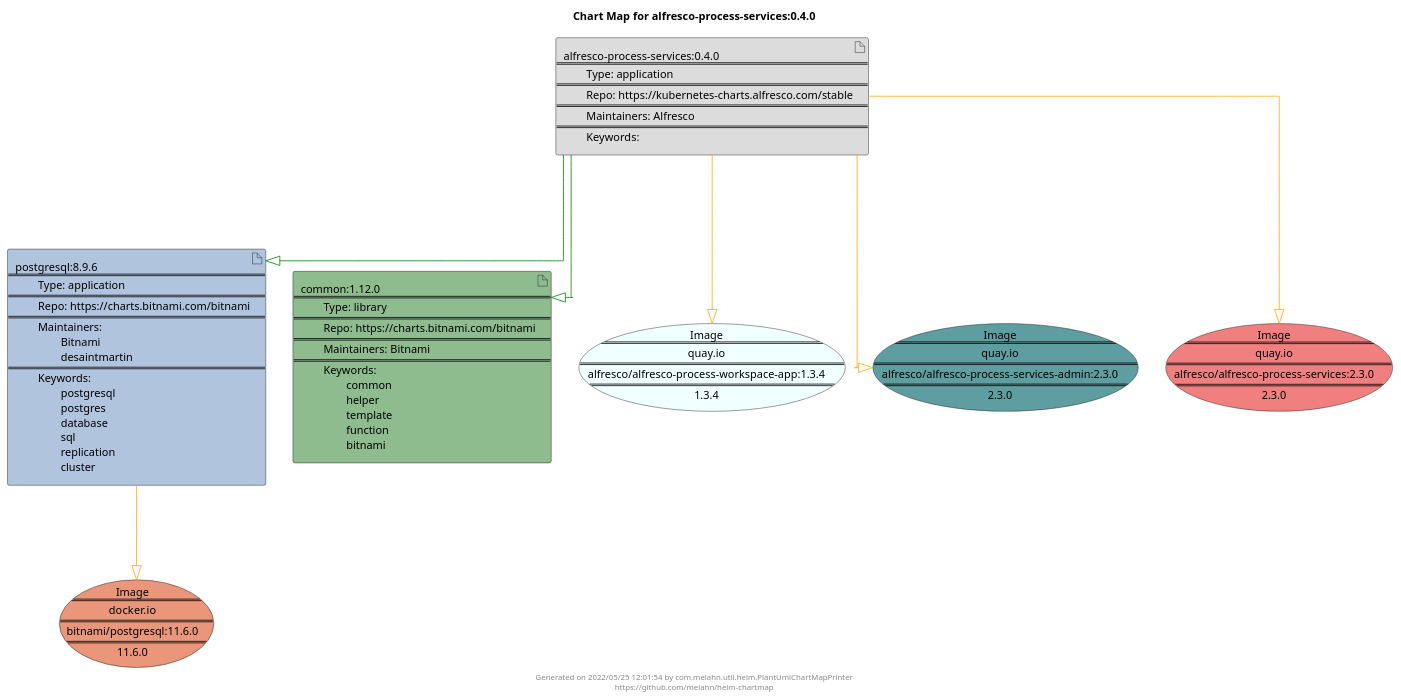
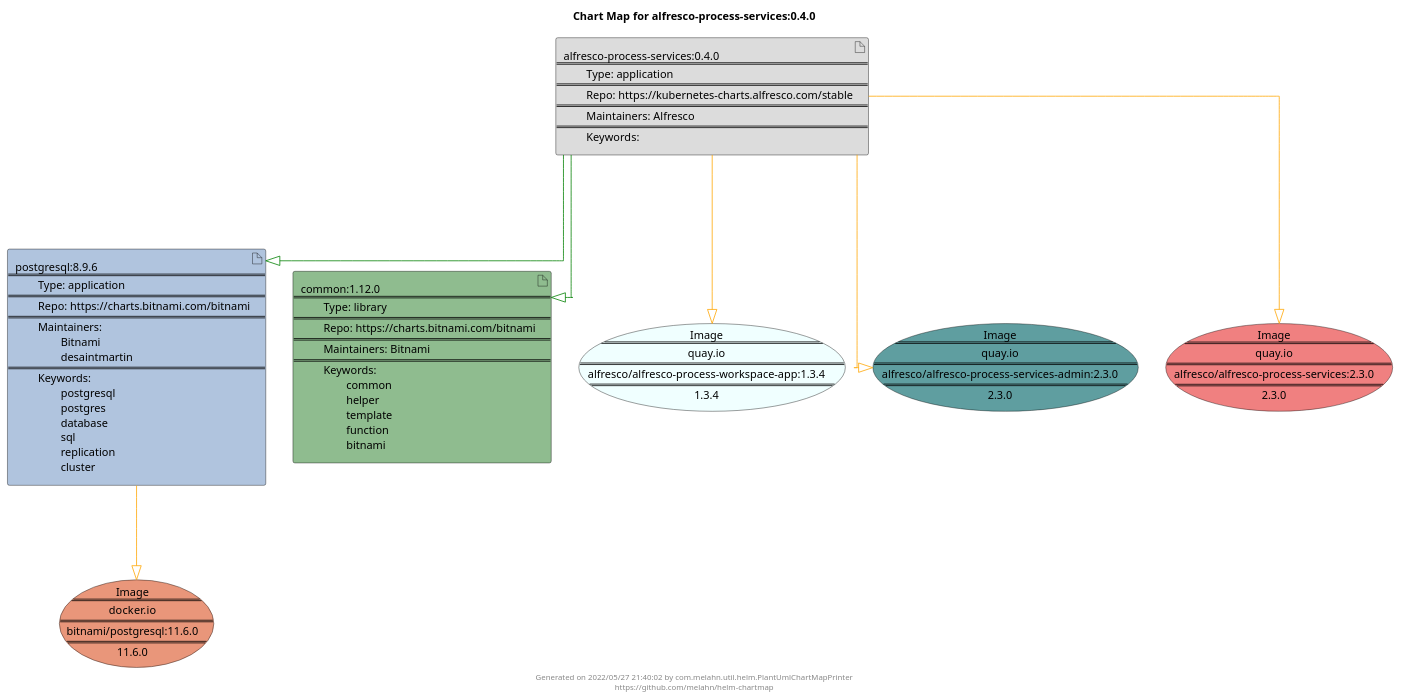
The diagram in docs/alfresco-process-services/alfresco-process-services-0.4.0.puml (melahn/helm-chartmap), drawn with PlantUML before and after one commit. The commit also changed 63 other files, not shown here.

Commit message:
Update Example Chart Maps as part of GitHub build

```diff
--- a/docs/alfresco-process-services/alfresco-process-services-0.4.0.puml
+++ b/docs/alfresco-process-services/alfresco-process-services-0.4.0.puml
@@ -1,31 +1,31 @@
 @startuml
 skinparam linetype ortho
 skinparam backgroundColor white
 skinparam usecaseBorderColor black
 skinparam usecaseArrowColor LightSlateGray
 skinparam artifactBorderColor black
 skinparam artifactArrowColor LightSlateGray
 
 title Chart Map for alfresco-process-services:0.4.0
 
 'There are 3 referenced Helm Charts
 artifact "alfresco-process-services:0.4.0\n====\n\tType: application\n====\n\tRepo: https://kubernetes-charts.alfresco.com/stable\n====\n\tMaintainers: Alfresco\n====\n\tKeywords: " as alfresco_process_services_0_4_0 #Gainsboro
 artifact "postgresql:8.9.6\n====\n\tType: application\n====\n\tRepo: https://charts.bitnami.com/bitnami\n====\n\tMaintainers: \n\t\tBitnami\n\t\tdesaintmartin\n====\n\tKeywords: \n\t\tpostgresql\n\t\tpostgres\n\t\tdatabase\n\t\tsql\n\t\treplication\n\t\tcluster" as postgresql_8_9_6 #LightSteelBlue
 artifact "common:1.12.0\n====\n\tType: library\n====\n\tRepo: https://charts.bitnami.com/bitnami\n====\n\tMaintainers: Bitnami\n====\n\tKeywords: \n\t\tcommon\n\t\thelper\n\t\ttemplate\n\t\tfunction\n\t\tbitnami" as common_1_12_0 #DarkSeaGreen
 
 'There are 4 referenced Docker Images
 usecase "Image\n====\nquay.io\n====\nalfresco/alfresco-process-workspace-app:1.3.4\n====\n1.3.4" as quay_io_alfresco_alfresco_process_workspace_app_1_3_4 #Azure
 usecase "Image\n====\nquay.io\n====\nalfresco/alfresco-process-services-admin:2.3.0\n====\n2.3.0" as quay_io_alfresco_alfresco_process_services_admin_2_3_0 #CadetBlue
 usecase "Image\n====\ndocker.io\n====\nbitnami/postgresql:11.6.0\n====\n11.6.0" as docker_io_bitnami_postgresql_11_6_0 #DarkSalmon
 usecase "Image\n====\nquay.io\n====\nalfresco/alfresco-process-services:2.3.0\n====\n2.3.0" as quay_io_alfresco_alfresco_process_services_2_3_0 #LightCoral
 
 'Chart Dependencies
+alfresco_process_services_0_4_0--[#green]-|>common_1_12_0
 alfresco_process_services_0_4_0--[#green]-|>postgresql_8_9_6
-alfresco_process_services_0_4_0--[#green]-|>common_1_12_0
 alfresco_process_services_0_4_0--[#orange]-|>quay_io_alfresco_alfresco_process_services_admin_2_3_0
 alfresco_process_services_0_4_0--[#orange]-|>quay_io_alfresco_alfresco_process_workspace_app_1_3_4
 alfresco_process_services_0_4_0--[#orange]-|>quay_io_alfresco_alfresco_process_services_2_3_0
 postgresql_8_9_6--[#orange]-|>docker_io_bitnami_postgresql_11_6_0
 
-center footer Generated on 2022/05/25 12:01:54 by com.melahn.util.helm.PlantUmlChartMapPrinter\nhttps://github.com/melahn/helm-chartmap
+center footer Generated on 2022/05/27 21:40:02 by com.melahn.util.helm.PlantUmlChartMapPrinter\nhttps://github.com/melahn/helm-chartmap
 @enduml
```
